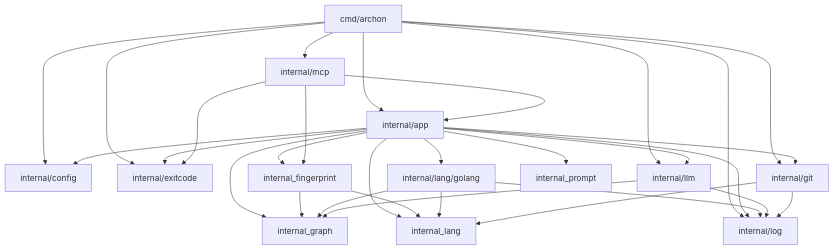
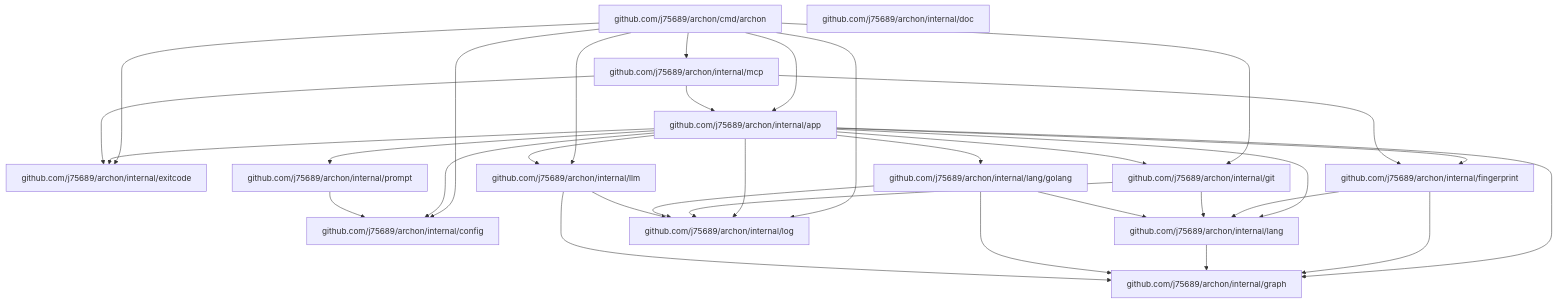
The diagram in docs/ARCHITECTURE.md (j75689/archon), drawn with Mermaid before and after one commit. The commit also changed other lines of this file and 5 other files, not shown here.

Commit message:
refoctor(config): improve default prompt

````diff
--- a/docs/ARCHITECTURE.md
+++ b/docs/ARCHITECTURE.md
@@ -7,38 +7,48 @@
 ```mermaid
 graph TD
-    cmd_archon[cmd/archon] --> internal_app[internal/app]
-    cmd_archon --> internal_config[internal/config]
-    cmd_archon --> internal_exitcode[internal/exitcode]
-    cmd_archon --> internal_git[internal/git]
-    cmd_archon --> internal_llm[internal/llm]
-    cmd_archon --> internal_log[internal/log]
-    cmd_archon --> internal_mcp[internal/mcp]
-    
+    cmd_archon[github.com/j75689/archon/cmd/archon]
+    internal_app[github.com/j75689/archon/internal/app]
+    internal_config[github.com/j75689/archon/internal/config]
+    internal_doc[github.com/j75689/archon/internal/doc]
+    internal_exitcode[github.com/j75689/archon/internal/exitcode]
+    internal_fingerprint[github.com/j75689/archon/internal/fingerprint]
+    internal_git[github.com/j75689/archon/internal/git]
+    internal_graph[github.com/j75689/archon/internal/graph]
+    internal_lang[github.com/j75689/archon/internal/lang]
+    internal_lang_golang[github.com/j75689/archon/internal/lang/golang]
+    internal_llm[github.com/j75689/archon/internal/llm]
+    internal_log[github.com/j75689/archon/internal/log]
+    internal_mcp[github.com/j75689/archon/internal/mcp]
+    internal_prompt[github.com/j75689/archon/internal/prompt]
+    cmd_archon --> internal_app
+    cmd_archon --> internal_config
+    cmd_archon --> internal_exitcode
+    cmd_archon --> internal_git
+    cmd_archon --> internal_llm
+    cmd_archon --> internal_log
+    cmd_archon --> internal_mcp
     internal_app --> internal_config
     internal_app --> internal_exitcode
     internal_app --> internal_fingerprint
     internal_app --> internal_git
     internal_app --> internal_graph
     internal_app --> internal_lang
-    internal_app --> internal_lang_golang[internal/lang/golang]
+    internal_app --> internal_lang_golang
     internal_app --> internal_llm
     internal_app --> internal_log
     internal_app --> internal_prompt
-    
+    internal_fingerprint --> internal_graph
+    internal_fingerprint --> internal_lang
+    internal_git --> internal_lang
+    internal_git --> internal_log
+    internal_lang --> internal_graph
+    internal_lang_golang --> internal_graph
+    internal_lang_golang --> internal_lang
+    internal_lang_golang --> internal_log
+    internal_llm --> internal_graph
+    internal_llm --> internal_log
     internal_mcp --> internal_app
     internal_mcp --> internal_exitcode
     internal_mcp --> internal_fingerprint
-    
-    internal_fingerprint --> internal_graph
-    internal_fingerprint --> internal_lang
-    
-    internal_lang_golang --> internal_graph
-    internal_lang_golang --> internal_lang
-    internal_lang_golang --> internal_log
-    
-    internal_llm --> internal_graph
-    internal_llm --> internal_log
-    
-    internal_git --> internal_lang
-    internal_git --> internal_log
+    internal_prompt --> internal_config
 ```
````
